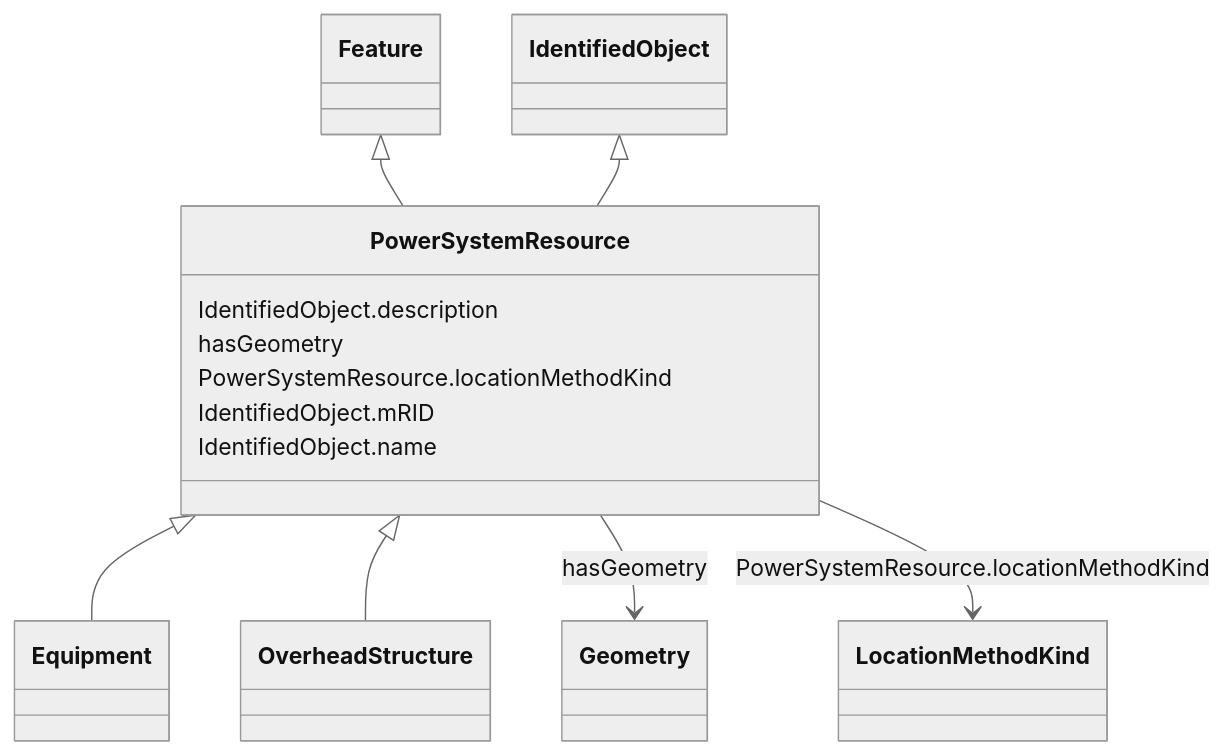
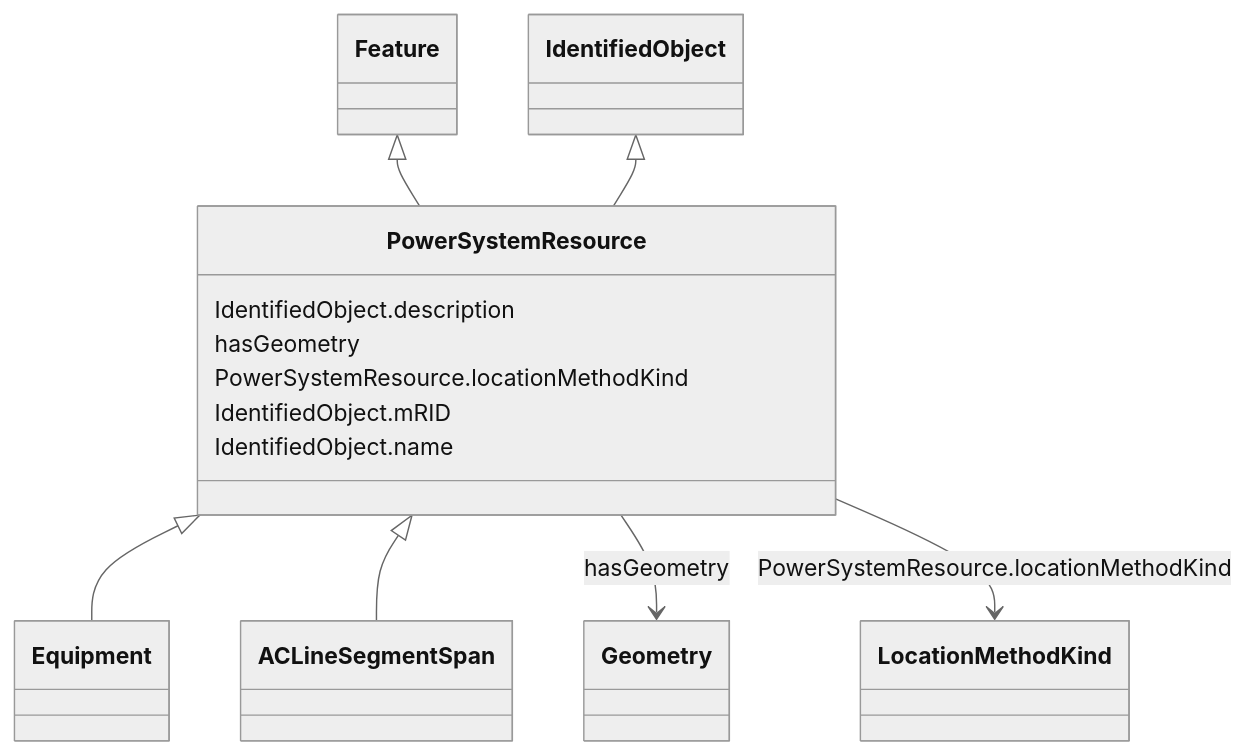
Before and after one commit to 3lbits/NoCIMExtensions: the diagram in docs/AviationObstacle/PowerSystemResource.md, drawn with Mermaid (neutral theme). The commit also changed other lines of this file and 32 other files, not shown here.

````diff
--- a/docs/AviationObstacle/PowerSystemResource.md
+++ b/docs/AviationObstacle/PowerSystemResource.md
@@ -18,34 +18,34 @@
 ```mermaid
  classDiagram
     class PowerSystemResource
     click PowerSystemResource href "../PowerSystemResource"
       Feature <|-- PowerSystemResource
         click Feature href "../Feature"
       IdentifiedObject <|-- PowerSystemResource
         click IdentifiedObject href "../IdentifiedObject"
       
 
       PowerSystemResource <|-- Equipment
         click Equipment href "../Equipment"
-      PowerSystemResource <|-- OverheadStructure
-        click OverheadStructure href "../OverheadStructure"
+      PowerSystemResource <|-- ACLineSegmentSpan
+        click ACLineSegmentSpan href "../ACLineSegmentSpan"
       
       
       PowerSystemResource : IdentifiedObject.description
         
       PowerSystemResource : hasGeometry
         
           PowerSystemResource --> Geometry : hasGeometry
           click Geometry href "../Geometry"
         
       PowerSystemResource : PowerSystemResource.locationMethodKind
         
           PowerSystemResource --> LocationMethodKind : PowerSystemResource.locationMethodKind
           click LocationMethodKind href "../LocationMethodKind"
         
       PowerSystemResource : IdentifiedObject.mRID
         
       PowerSystemResource : IdentifiedObject.name
         
       
 ```
````
